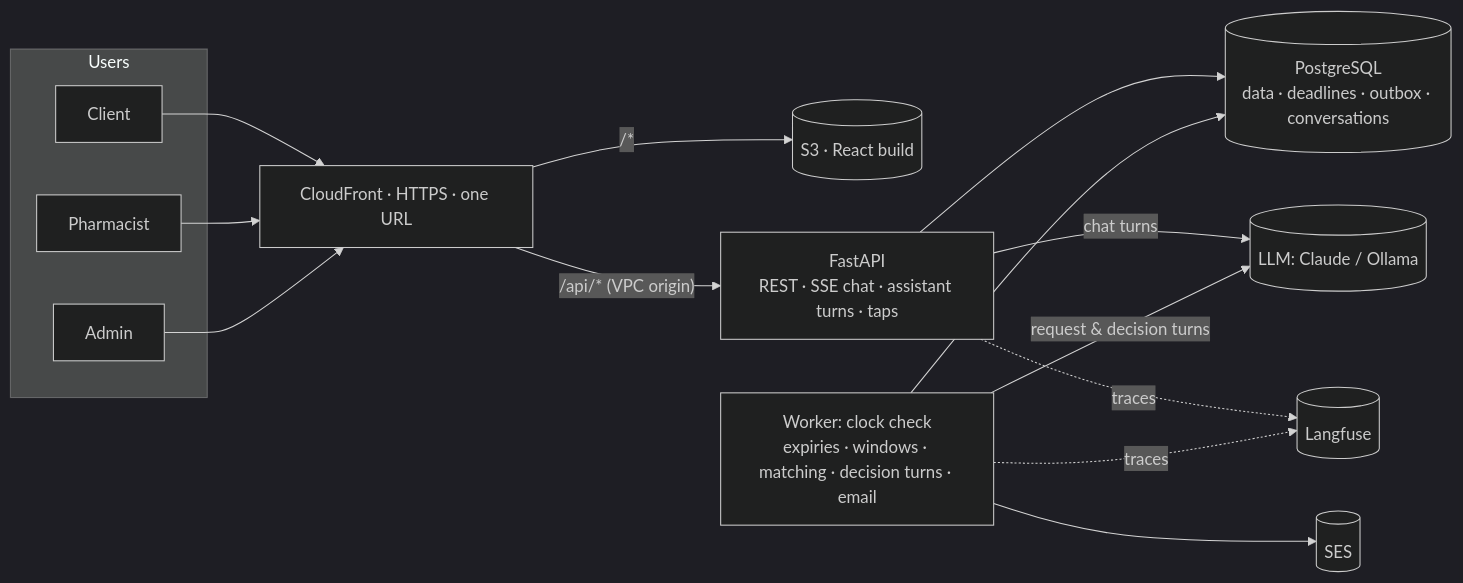
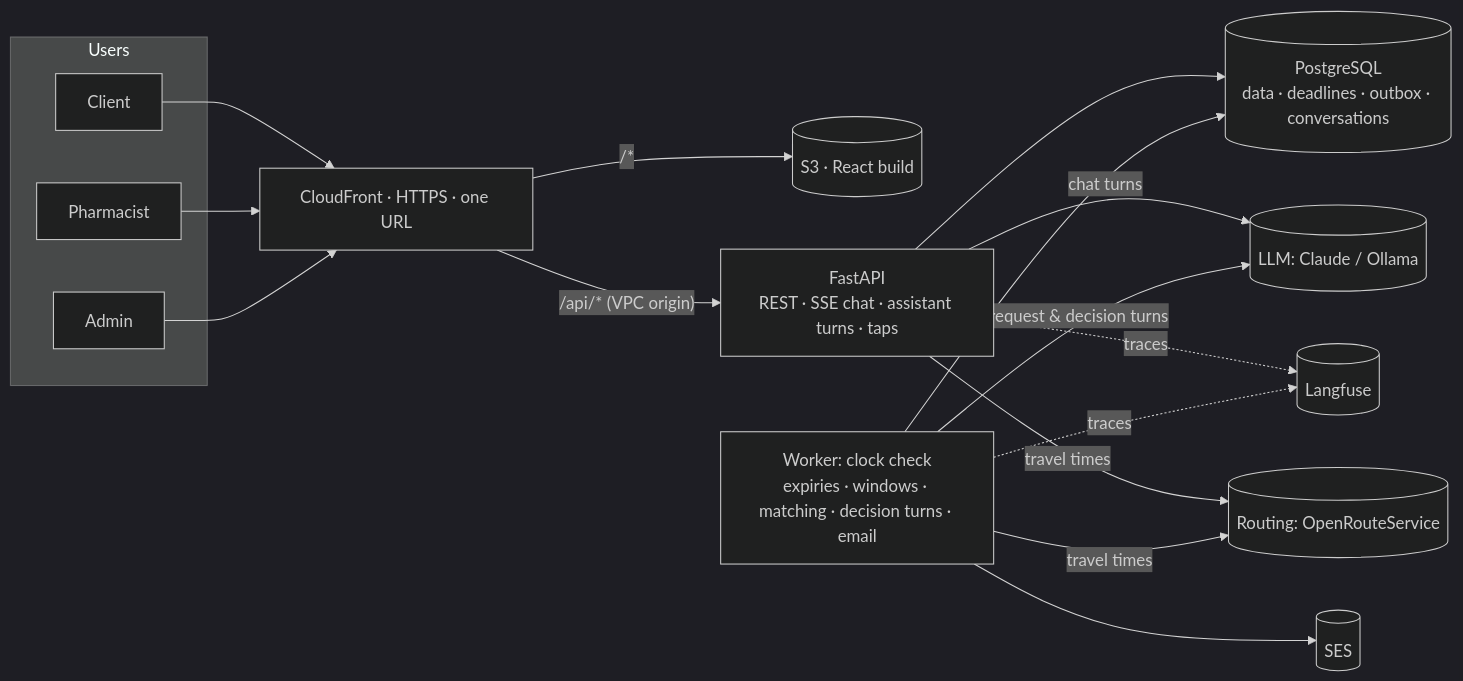
One commit to Mohammed-Farhat/Dawa_Link changed the first of 2 diagrams in docs/02_architecture.md. Above: the diagram before and after it, drawn with Mermaid (dark theme). The commit also changed other lines of this file and 13 other files, not shown here.

````diff
--- a/docs/02_architecture.md
+++ b/docs/02_architecture.md
@@ -55,25 +62,27 @@
 ```mermaid
 flowchart LR
     subgraph Users
         C[Client]
         P[Pharmacist]
         A[Admin]
     end
     CF[CloudFront · HTTPS · one URL]
     S3[(S3 · React build)]
     API[FastAPI<br/>REST · SSE chat · assistant turns · taps]
     DB[(PostgreSQL<br/>data · deadlines · outbox · conversations)]
     W[Worker: clock check<br/>expiries · windows · matching · decision turns · email]
     LLM[(LLM: Claude / Ollama)]
     LF[(Langfuse)]
     SES[(SES)]
+    ORS[(Routing: OpenRouteService)]
 
     C & P & A --> CF
     CF -- "/*" --> S3
     CF -- "/api/* (VPC origin)" --> API --> DB
     API -- chat turns --> LLM
     W --> DB
     W -- request & decision turns --> LLM
     W --> SES
     API & W -. traces .-> LF
+    API & W -- travel times --> ORS
 ```
````
